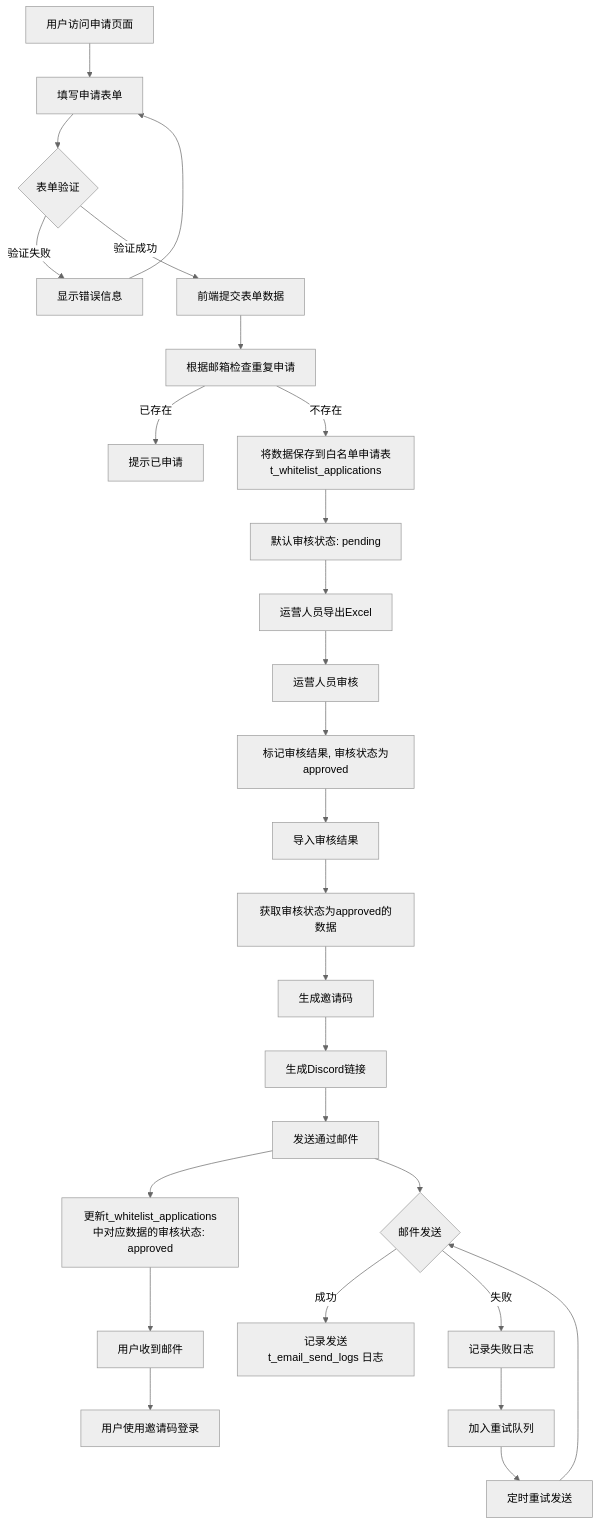
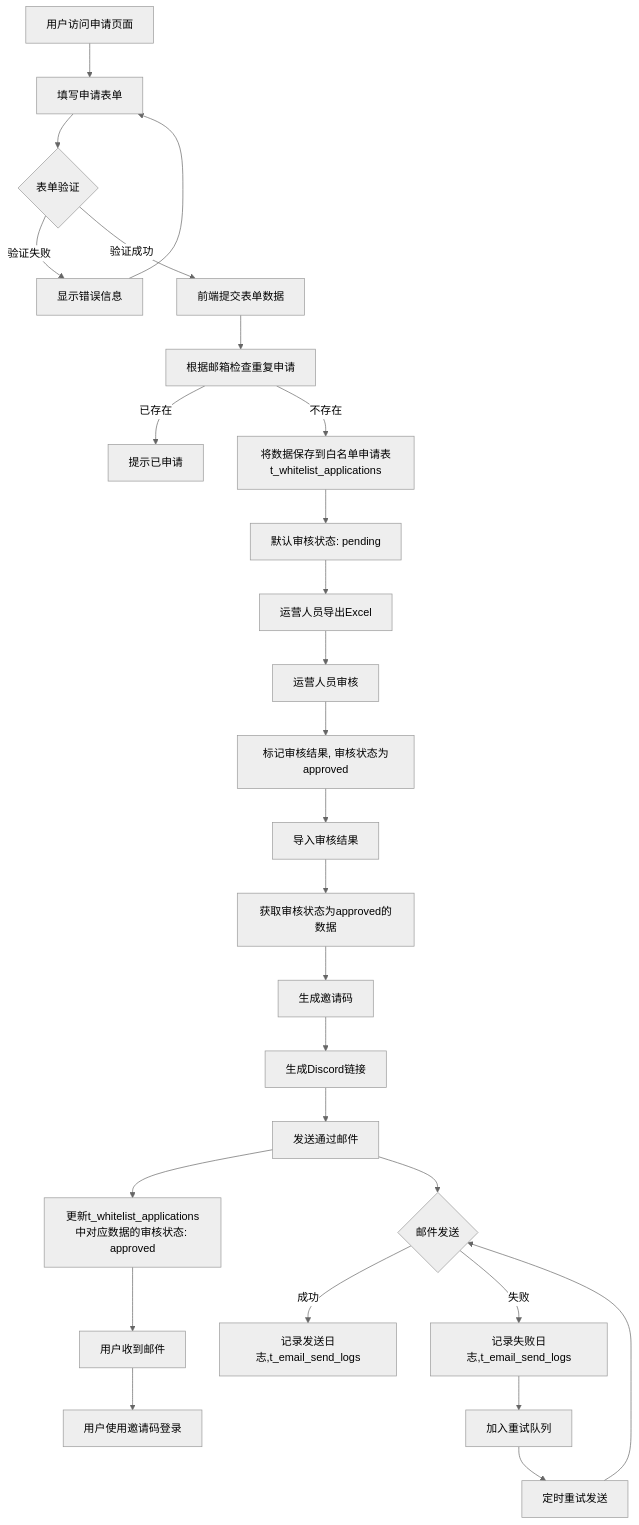
The diagram in all/未命名-69.md (yingjianzh/iodraw-files), drawn with Mermaid (neutral theme) before and after one commit.

Commit message:
2025-07-03 10:33:50 update

````diff
--- a/all/未命名-69.md
+++ b/all/未命名-69.md
@@ -1,32 +1,32 @@
 ```mermaid
 flowchart TD
     A[用户访问申请页面] --> B[填写申请表单]
     B --> C{表单验证}
     C -->|验证失败| D[显示错误信息]
     D --> B
     C -->|验证成功| E[前端提交表单数据]
     E -->E1[根据邮箱检查重复申请]
     E1 -->|已存在| F[提示已申请]
     E1 -->|不存在| G[将数据保存到白名单申请表t_whitelist_applications]
     G --> H[默认审核状态: pending]
     
     H --> I[运营人员导出Excel]
     I --> J[运营人员审核]
     J --> K[标记审核结果, 审核状态为approved]
     K --> L[导入审核结果]
     L --> M[获取审核状态为approved的数据]
     M --> N[生成邀请码]
     N --> O[生成Discord链接]
     O --> P[发送通过邮件]
     P --> Q[更新t_whitelist_applications中对应数据的审核状态: approved]
     
     P --> T{邮件发送}
-    T -->|成功| U[记录发送t_email_send_logs 日志]
-    T -->|失败| V[记录失败日志]
+    T -->|成功| U[记录发送日志,t_email_send_logs]
+    T -->|失败| V[记录失败日志,t_email_send_logs]
     V --> W[加入重试队列]
     W --> X[定时重试发送]
     X --> T
     
     Q --> Y[用户收到邮件]
     Y --> Z[用户使用邀请码登录]
 ```
````
